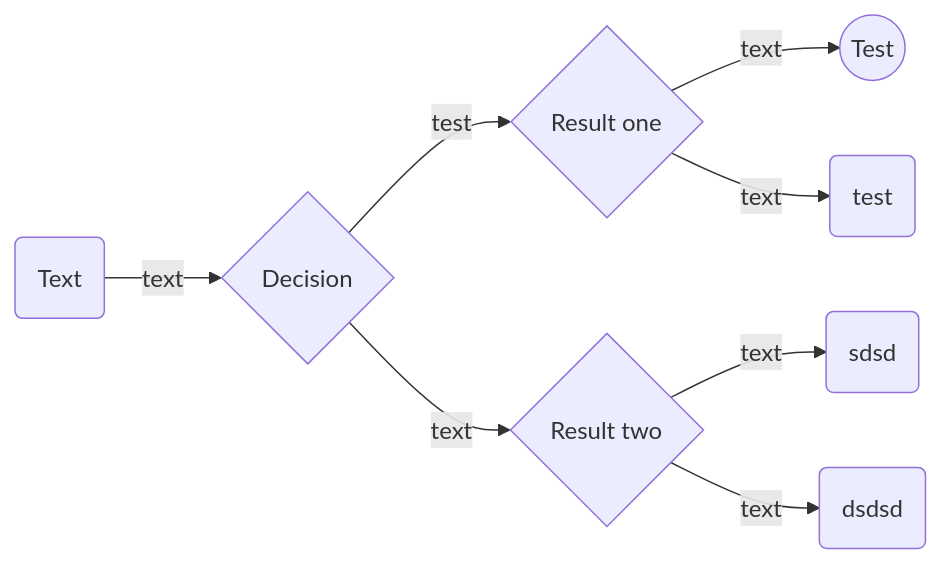
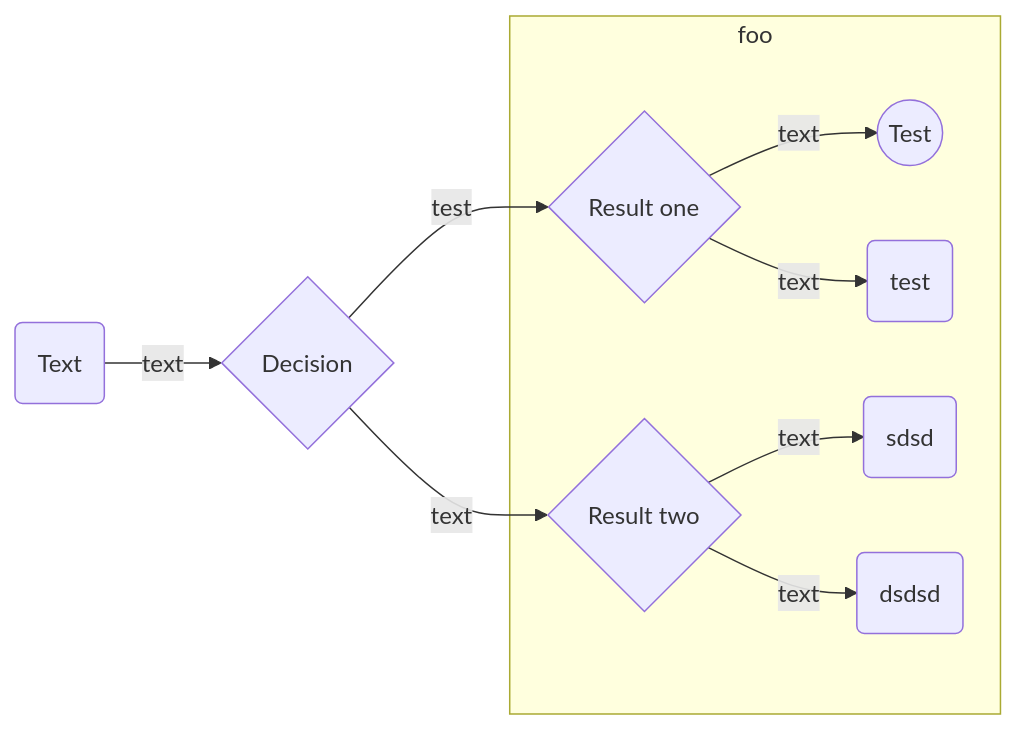
The diagram in probability-basic.qmd (jkruppa/math), drawn with Mermaid before and after one commit. The commit also changed other lines of this file and 5 other files, not shown here.

````diff
--- a/probability-basic.qmd
+++ b/probability-basic.qmd
@@ -29,10 +21,12 @@
 ```{mermaid}
-flowchart LR
+graph LR
   A(Text) -->|text| B{Decision}
   B -- test --> C{Result one}
   B -->|text| D{Result two}
+  subgraph title [foo]
   C -->|text| E((Test))
   C -->|text| F(test)
   D -->|text| G(sdsd)
   D -->|text| H(dsdsd)
+  end
 ```
````
